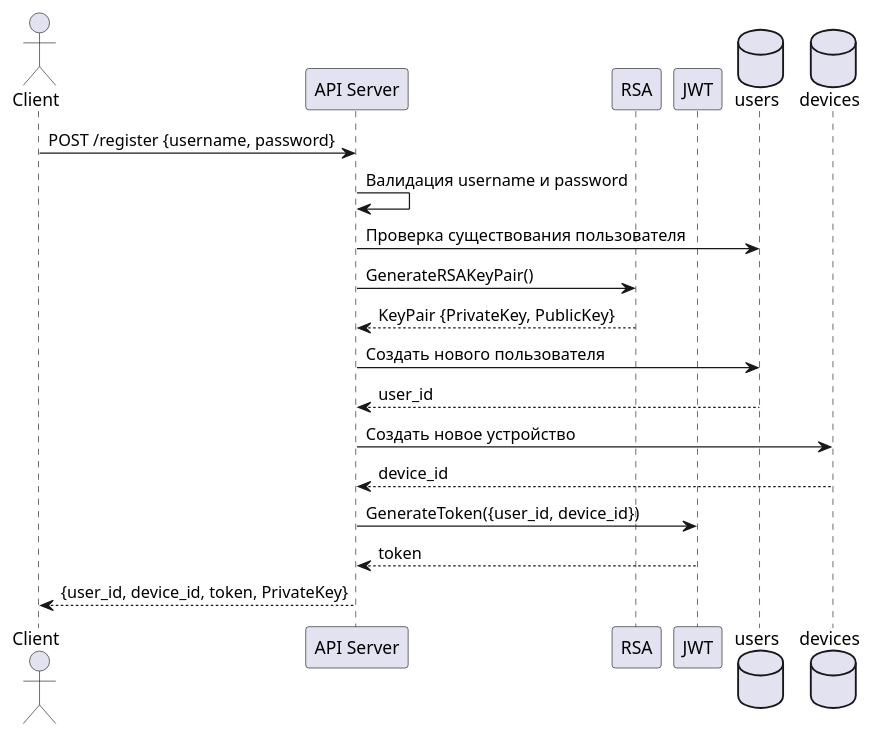
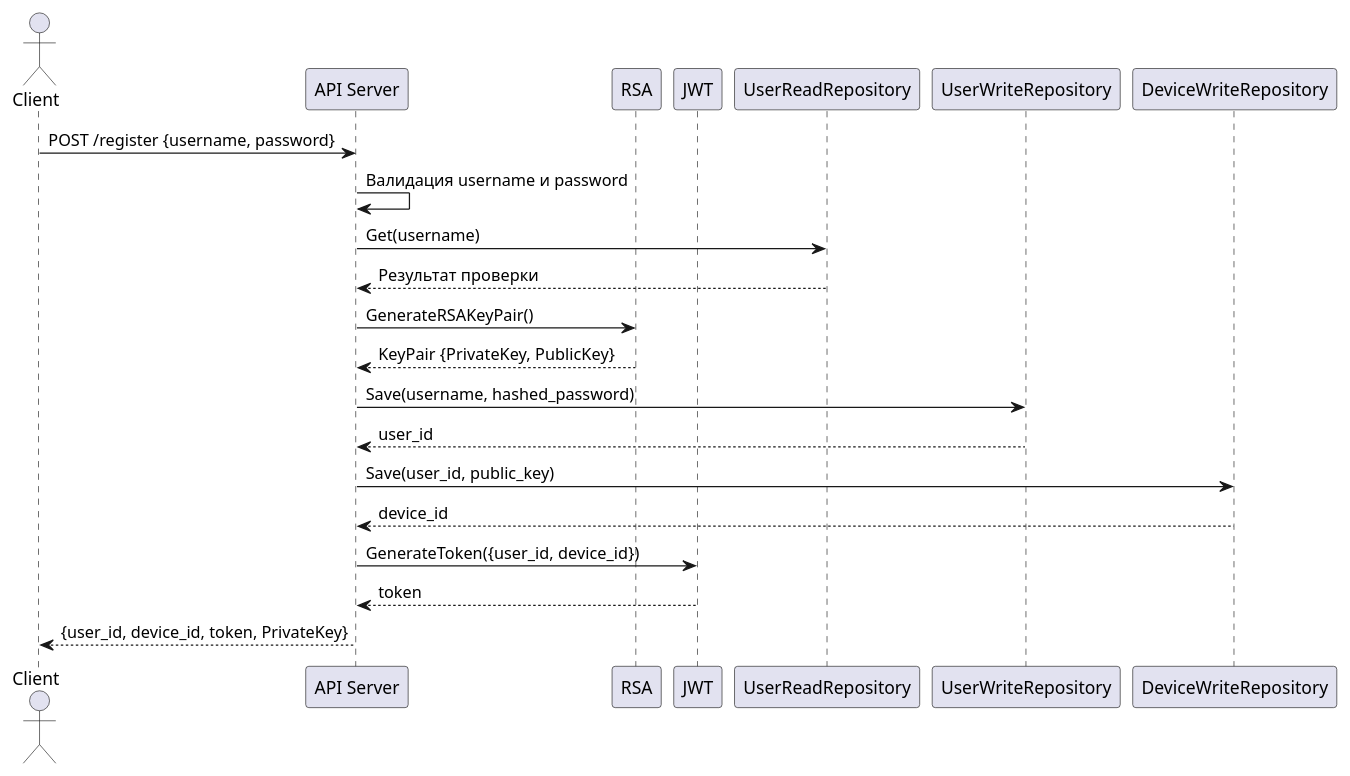
One commit to sbilibin2017/gophkeeper changed the diagram in docs/register.puml. Above: the diagram before and after it, drawn with PlantUML. The commit also changed 10 other files, not shown here.

```diff
--- a/docs/register.puml
+++ b/docs/register.puml
@@ -1,40 +1,30 @@
 @startuml
-' Актор — клиентское приложение (CLI, Desktop, Mobile и т.д.)
 actor Client
-
-' Участники процесса
 participant "API Server" as Server
 participant RSA
 participant JWT
-database "users" as Users
-database "devices" as Devices
+participant "UserReadRepository" as UserRead
+participant "UserWriteRepository" as UserWrite
+participant "DeviceWriteRepository" as DeviceWrite
 
-' Клиент отправляет запрос на регистрацию нового пользователя
 Client -> Server: POST /register {username, password}
 
-' Сервер проверяет корректность данных
 Server -> Server: Валидация username и password
 
-' Сервер проверяет, что пользователь с таким именем не существует
-Server -> Users: Проверка существования пользователя
+Server -> UserRead: Get(username)
+UserRead --> Server: Результат проверки
 
-' Генерация пары ключей RSA для устройства
 Server -> RSA: GenerateRSAKeyPair()
 RSA --> Server: KeyPair {PrivateKey, PublicKey}
 
-' Создание нового пользователя в базе данных
-Server -> Users: Создать нового пользователя
-Users --> Server: user_id
+Server -> UserWrite: Save(username, hashed_password)
+UserWrite --> Server: user_id
 
-' Создание новой записи устройства (привязка к пользователю)
-Server -> Devices: Создать новое устройство
-Devices --> Server: device_id
+Server -> DeviceWrite: Save(user_id, public_key)
+DeviceWrite --> Server: device_id
 
-' Генерация JWT токена с данными пользователя и устройства
 Server -> JWT: GenerateToken({user_id, device_id})
 JWT --> Server: token
 
-' Сервер отправляет клиенту идентификаторы, токен и приватный ключ устройства
 Server --> Client: {user_id, device_id, token, PrivateKey}
-
 @enduml
```
